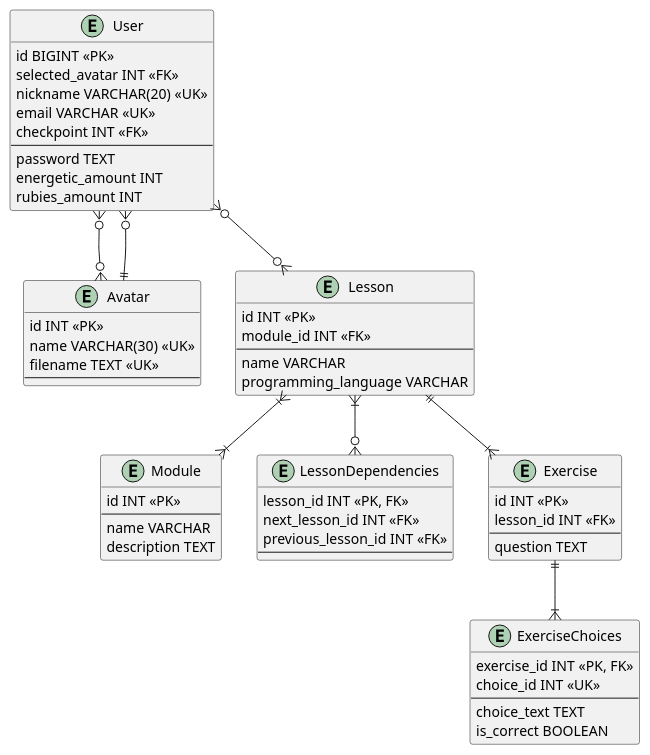
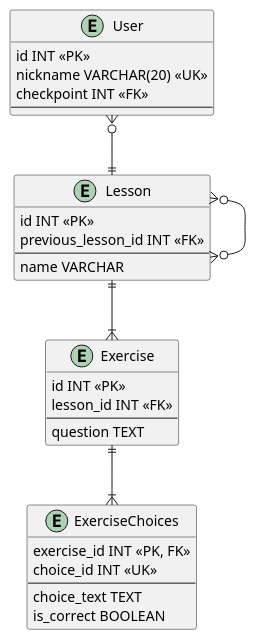
The diagram in backend/src/database/design/der.plantuml (augusto-dmh/kappy), drawn with PlantUML before and after one commit. The commit also changed 1 other file, not shown here.

```diff
--- a/backend/src/database/design/der.plantuml
+++ b/backend/src/database/design/der.plantuml
@@ -1,72 +1,41 @@
 @startuml DER
 
 entity User {
-    id BIGINT <<PK>>
-    selected_avatar INT <<FK>>
+    id INT <<PK>>
     nickname VARCHAR(20) <<UK>>
-    email VARCHAR <<UK>>
     checkpoint INT <<FK>>
     --
-    password TEXT
-    energetic_amount INT
-    rubies_amount INT
-}
-
-entity Avatar {
-    id INT <<PK>>
-    name VARCHAR(30) <<UK>>
-    filename TEXT <<UK>>
-    --
-}
-
-entity Module {
-    id INT <<PK>>
-    --
-    name VARCHAR
-    description TEXT
 }
 
 entity Lesson {
     id INT <<PK>>
-    module_id INT <<FK>>
+    previous_lesson_id INT <<FK>>
     --
     name VARCHAR
-    programming_language VARCHAR
-}
-
-entity LessonDependencies {
-    lesson_id INT <<PK, FK>>
-    next_lesson_id INT <<FK>>
-    previous_lesson_id INT <<FK>>
-    --
 }
 
 entity Exercise {
     id INT <<PK>>
     lesson_id INT <<FK>>
     --
     question TEXT
 }
 
 entity ExerciseChoices {
     exercise_id INT <<PK, FK>>
     choice_id INT <<UK>>
     --
     choice_text TEXT
     is_correct BOOLEAN
 }
 
-User }o--o{ Avatar
-User }o--|| Avatar
 
-User }o--o{ Lesson
-
-Lesson }|--|{ Module
-
-Lesson }|--o{ LessonDependencies
+User }o--|| Lesson
 
 Lesson ||--|{ Exercise
+
+Lesson }o--o{ Lesson
 
 Exercise ||--|{ ExerciseChoices
 
 @enduml
```
